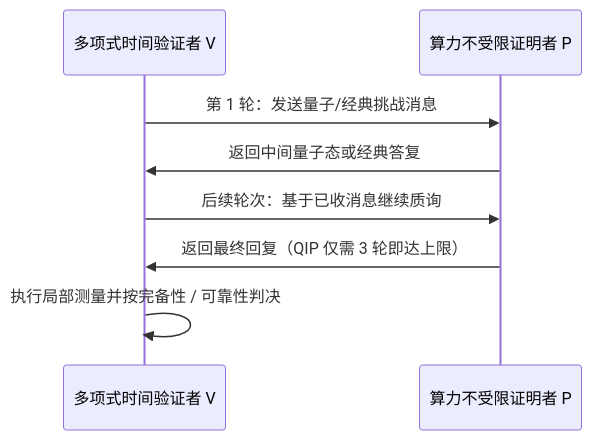
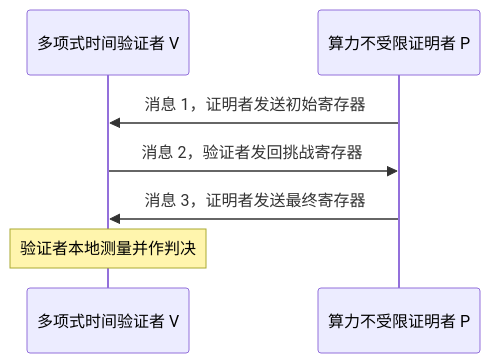
One commit to nanless/quantum-computing-handbook changed the third of 4 diagrams in handbook/18-channels-capacities-complexity.md. Above: the diagram before and after it, drawn with Mermaid. The commit also changed other lines of this file and 346 other files, not shown here.

````diff
--- a/handbook/18-channels-capacities-complexity.md
+++ b/handbook/18-channels-capacities-complexity.md
@@ -1139,10 +1142,9 @@
 ```mermaid
 sequenceDiagram
   participant V as 多项式时间验证者 V
   participant P as 算力不受限证明者 P
-  V->>P: 第 1 轮：发送量子/经典挑战消息
-  P->>V: 返回中间量子态或经典答复
-  V->>P: 后续轮次：基于已收消息继续质询
-  P->>V: 返回最终回复（QIP 仅需 3 轮即达上限）
-  V->>V: 执行局部测量并按完备性 / 可靠性判决
+  P->>V: 消息 1，证明者发送初始寄存器
+  V->>P: 消息 2，验证者发回挑战寄存器
+  P->>V: 消息 3，证明者发送最终寄存器
+  Note over V: 验证者本地测量并作判决
 ```
````
